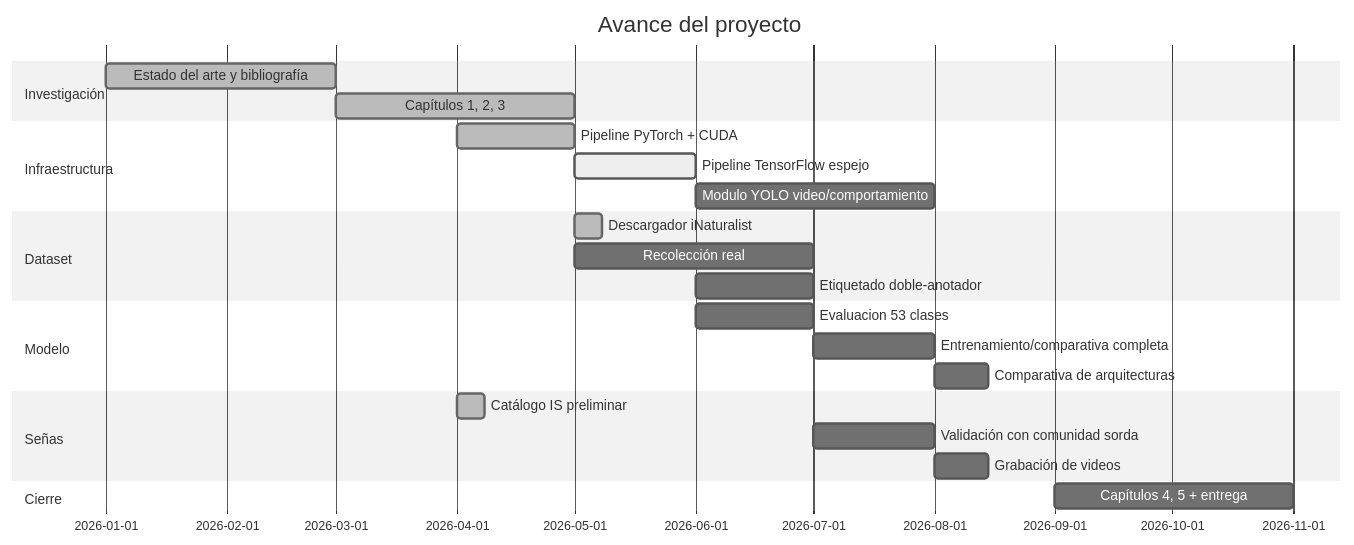
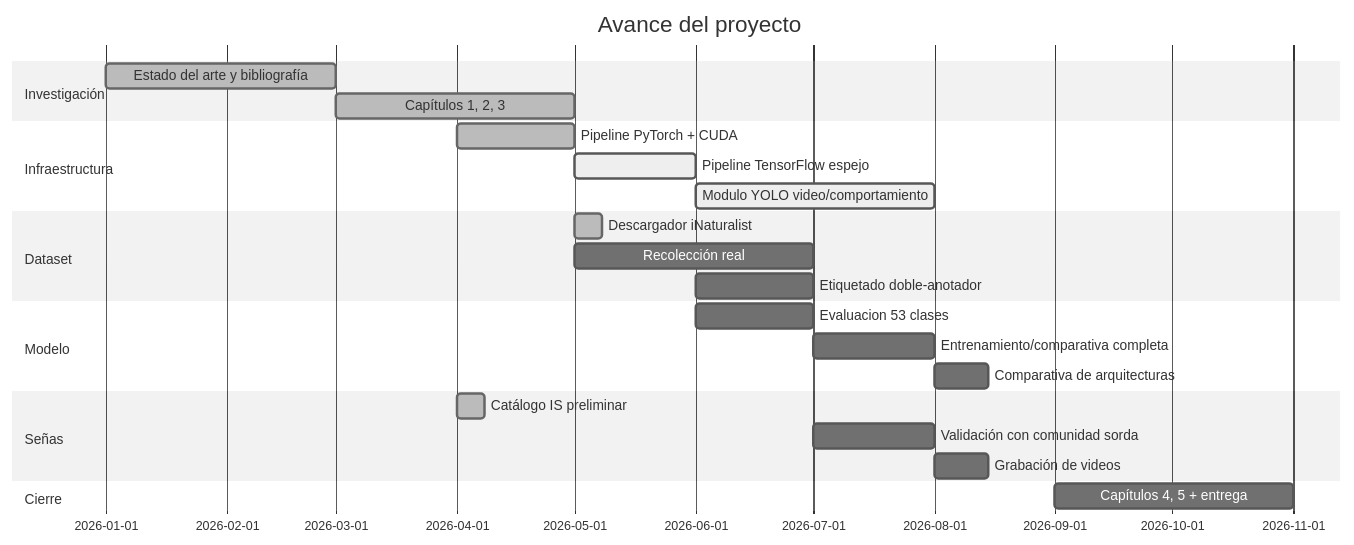
Before and after one commit to ZOMBIECRAFTIAN/raptors-cnn: the diagram in documentacion/RESUMEN_EJECUTIVO.md, drawn with Mermaid (neutral theme). The commit also changed other lines of this file and 27 other files, not shown here.

Commit message:
feat: add YOLO video pipeline and silhouette augmentation

````diff
--- a/documentacion/RESUMEN_EJECUTIVO.md
+++ b/documentacion/RESUMEN_EJECUTIVO.md
@@ -41,26 +41,26 @@
 ```mermaid
 gantt
     title Avance del proyecto
     dateFormat YYYY-MM
     section Investigación
     Estado del arte y bibliografía    :done, 2026-01, 2026-03
     Capítulos 1, 2, 3                 :done, 2026-03, 2026-05
     section Infraestructura
     Pipeline PyTorch + CUDA           :done, 2026-04, 2026-05
     Pipeline TensorFlow espejo        :active, 2026-05, 1M
-    Modulo YOLO video/comportamiento  :2026-06, 2M
+    Modulo YOLO video/comportamiento  :active, 2026-06, 2M
     section Dataset
     Descargador iNaturalist           :done, 2026-05, 1w
     Recolección real                  :2026-05, 2M
     Etiquetado doble-anotador         :2026-06, 1M
     section Modelo
     Evaluacion 53 clases              :2026-06, 1M
     Entrenamiento/comparativa completa :2026-07, 1M
     Comparativa de arquitecturas      :2026-08, 2w
     section Señas
     Catálogo IS preliminar            :done, 2026-04, 1w
     Validación con comunidad sorda    :2026-07, 1M
     Grabación de videos               :2026-08, 2w
     section Cierre
     Capítulos 4, 5 + entrega          :2026-09, 2M
 ```
````
